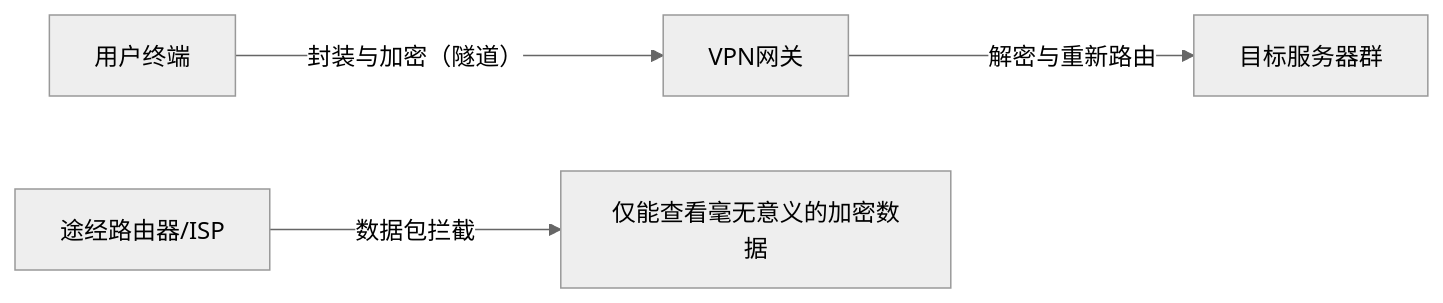
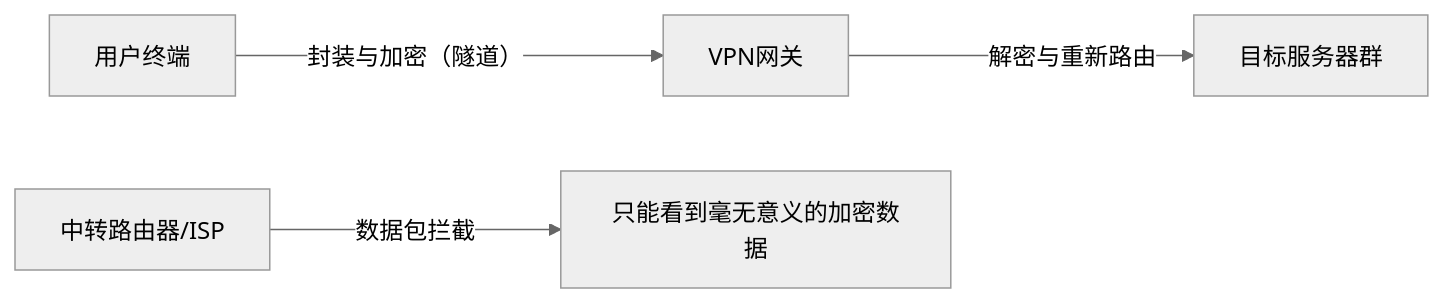
One commit to kenjinote/blog changed diagram 14 of 18 in content/post/how-the-internet-works-comprehensive-guide/index.zh-cn.md. Above: the diagram before and after it, drawn with Mermaid (neutral theme). The commit also changed other lines of this file, not shown here.

````diff
--- a/content/post/how-the-internet-works-comprehensive-guide/index.zh-cn.md
+++ b/content/post/how-the-internet-works-comprehensive-guide/index.zh-cn.md
@@ -830,6 +879,6 @@
 ```mermaid
 graph LR
     User["用户终端"] -- "封装与加密（隧道）" --> VPNServer["VPN网关"]
     VPNServer -- "解密与重新路由" --> Internet["目标服务器群"]
-    Attacker["途经路由器/ISP"] -- "数据包拦截" --> EncryptedData["仅能查看毫无意义的加密数据"]
+    Attacker["中转路由器/ISP"] -- "数据包拦截" --> EncryptedData["只能看到毫无意义的加密数据"]
 ```
````
